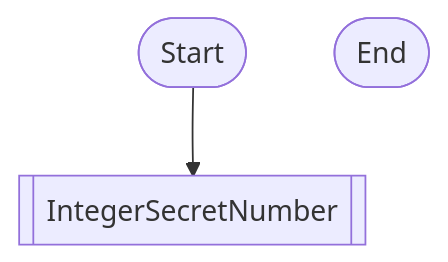
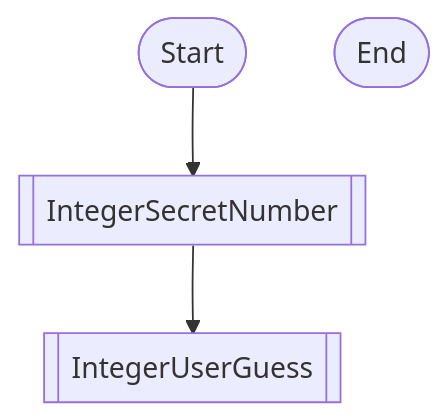
Before and after one commit to njedwards1872/njedwards1872.github.io: the diagram in Guessing.md, drawn with Mermaid.

````diff
--- a/Guessing.md
+++ b/Guessing.md
@@ -1,6 +1,8 @@
 ```mermaid
 flowchart TD
  Start([Start]) --> 
-    A@{ shape: subproc, label: "IntegerSecretNumber" }
+    A@{ shape: subproc, label: "IntegerSecretNumber" } -->
+    B@{ shape: subproc, label: "IntegerUserGuess" }
+
  End([End])
 ```
````
